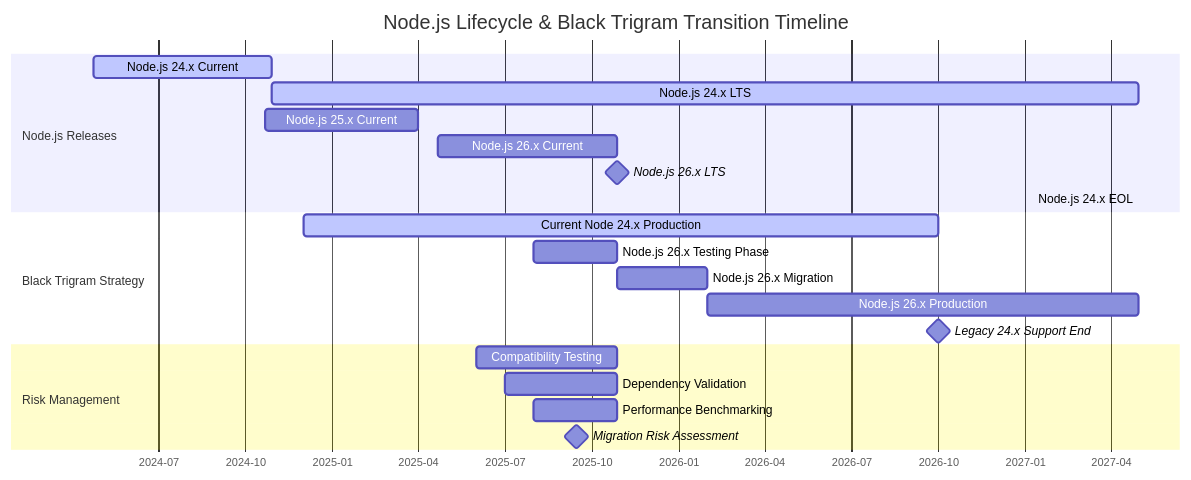
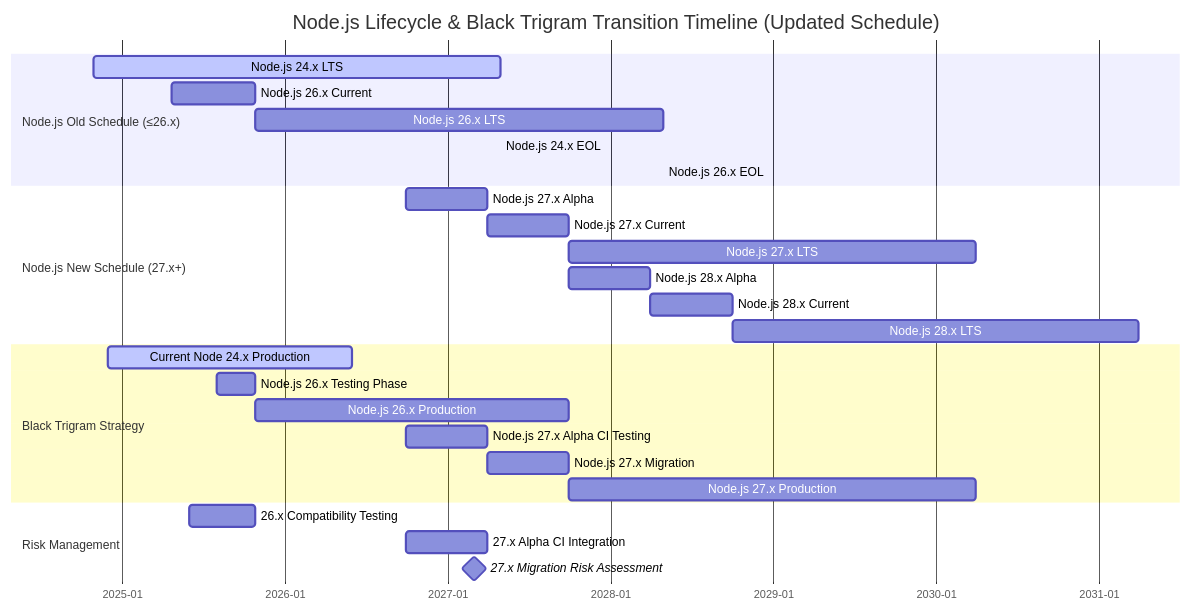
One commit to Hack23/blacktrigram changed the second of 8 diagrams in End-of-Life-Strategy.md. Above: the diagram before and after it, drawn with Mermaid. The commit also changed other lines of this file and 2 other files, not shown here.

First line of the commit message:
Update End-of-Life-Strategy.md with new Node.js release schedule and create FinancialSecurityPlan.md

````diff
--- a/End-of-Life-Strategy.md
+++ b/End-of-Life-Strategy.md
@@ -140,27 +174,34 @@
 ```mermaid
 gantt
-    title Node.js Lifecycle & Black Trigram Transition Timeline
+    title Node.js Lifecycle & Black Trigram Transition Timeline (Updated Schedule)
     dateFormat YYYY-MM-DD
     axisFormat %Y-%m
 
-    section Node.js Releases
-    Node.js 24.x Current    :active, node24, 2024-04-24, 2024-10-29
+    section Node.js Old Schedule (≤26.x)
     Node.js 24.x LTS        :active, node24lts, 2024-10-29, 2027-04-30
-    Node.js 25.x Current    :node25, 2024-10-22, 2025-04-01
-    Node.js 26.x Current    :node26, 2025-04-22, 2025-10-28
-    Node.js 26.x LTS        :milestone, node26lts, 2025-10-28, 0d
-    Node.js 24.x EOL        :crit, node24eol, 2027-04-30, 0d
+    Node.js 26.x Current     :node26c, 2025-04-22, 2025-10-28
+    Node.js 26.x LTS         :node26lts, 2025-10-28, 2028-04-30
+    Node.js 24.x EOL         :crit, node24eol, 2027-04-30, 0d
+    Node.js 26.x EOL         :crit, node26eol, 2028-04-30, 0d
+
+    section Node.js New Schedule (27.x+)
+    Node.js 27.x Alpha       :node27a, 2026-10-01, 2027-03-31
+    Node.js 27.x Current     :node27c, 2027-04-01, 2027-10-01
+    Node.js 27.x LTS         :node27lts, 2027-10-01, 2030-04-01
+    Node.js 28.x Alpha       :node28a, 2027-10-01, 2028-03-31
+    Node.js 28.x Current     :node28c, 2028-04-01, 2028-10-01
+    Node.js 28.x LTS         :node28lts, 2028-10-01, 2031-04-01
 
     section Black Trigram Strategy
-    Current Node 24.x Production :active, bt24prod, 2024-12-01, 2026-10-01
+    Current Node 24.x Production :active, bt24prod, 2024-12-01, 2026-06-01
     Node.js 26.x Testing Phase   :bt26test, 2025-08-01, 2025-10-28
-    Node.js 26.x Migration       :bt26mig, 2025-10-28, 2026-01-31
-    Node.js 26.x Production      :prod26, 2026-01-31, 2027-04-30
-    Legacy 24.x Support End      :milestone, legacy24end, 2026-10-01, 0d
+    Node.js 26.x Production      :bt26prod, 2025-10-28, 2027-10-01
+    Node.js 27.x Alpha CI Testing :bt27alpha, 2026-10-01, 2027-04-01
+    Node.js 27.x Migration        :bt27mig, 2027-04-01, 2027-10-01
+    Node.js 27.x Production       :bt27prod, 2027-10-01, 2030-04-01
 
     section Risk Management
-    Compatibility Testing       :compat, 2025-06-01, 2025-10-28
-    Dependency Validation       :deps, 2025-07-01, 2025-10-28
-    Performance Benchmarking    :perf, 2025-08-01, 2025-10-28
-    Migration Risk Assessment    :milestone, riskassess, 2025-09-15, 0d
+    26.x Compatibility Testing    :compat26, 2025-06-01, 2025-10-28
+    27.x Alpha CI Integration     :alphaci, 2026-10-01, 2027-04-01
+    27.x Migration Risk Assessment :milestone, riskassess27, 2027-03-01, 0d
 ```
````
